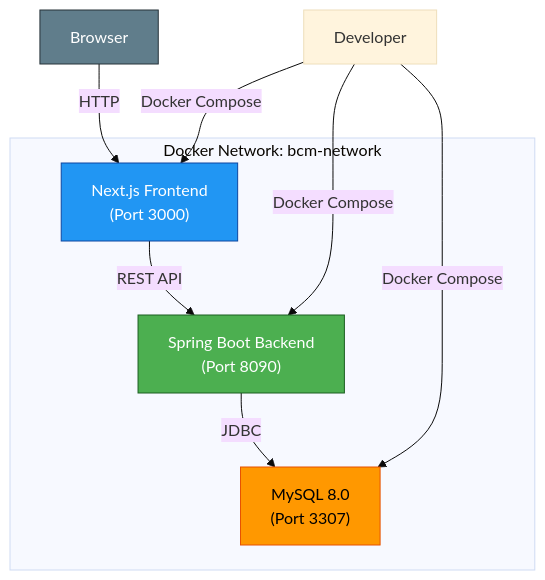
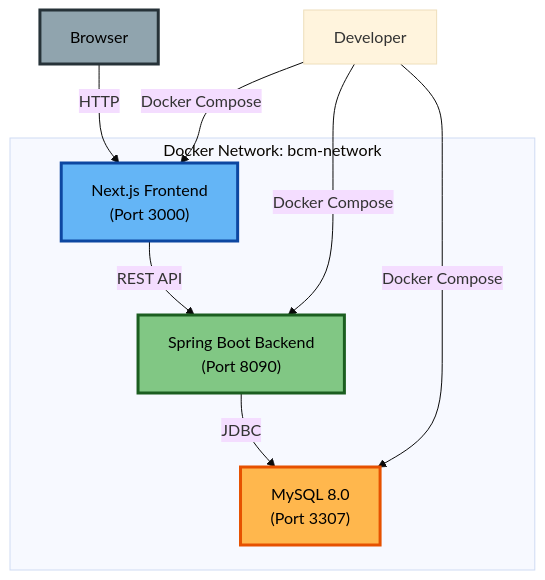
One commit to DonatoCorbacioDev/bcm-v2-docker changed the diagram in README.md. Above: the diagram before and after it, drawn with Mermaid (base theme).

Commit message:
fix: improve mermaid diagram text contrast and readability
- Use lighter backgrounds with black text
- Enhance contrast for better visibility
- Thicker borders for clearer separation
- Professional Material Design palette

````diff
--- a/README.md
+++ b/README.md
@@ -28,16 +28,16 @@
 ```mermaid
 graph TB
     subgraph DockerNet["Docker Network: bcm-network"]
         A["Next.js Frontend<br>(Port 3000)"] -->|REST API| B["Spring Boot Backend<br>(Port 8090)"]
         B -->|JDBC| C["MySQL 8.0<br>(Port 3307)"]
     end
     D[Browser] -->|HTTP| A
     E[Developer] -->|Docker Compose| A
     E -->|Docker Compose| B
     E -->|Docker Compose| C
     
-    style A fill:#2196f3,stroke:#0d47a1,color:#fff
-    style B fill:#4caf50,stroke:#1b5e20,color:#fff
-    style C fill:#ff9800,stroke:#e65100,color:#000
-    style D fill:#607d8b,stroke:#263238,color:#fff
+    style A fill:#64b5f6,stroke:#0d47a1,stroke-width:3px,color:#000
+    style B fill:#81c784,stroke:#1b5e20,stroke-width:3px,color:#000
+    style C fill:#ffb74d,stroke:#e65100,stroke-width:3px,color:#000
+    style D fill:#90a4ae,stroke:#263238,stroke-width:3px,color:#000
 ```
````
